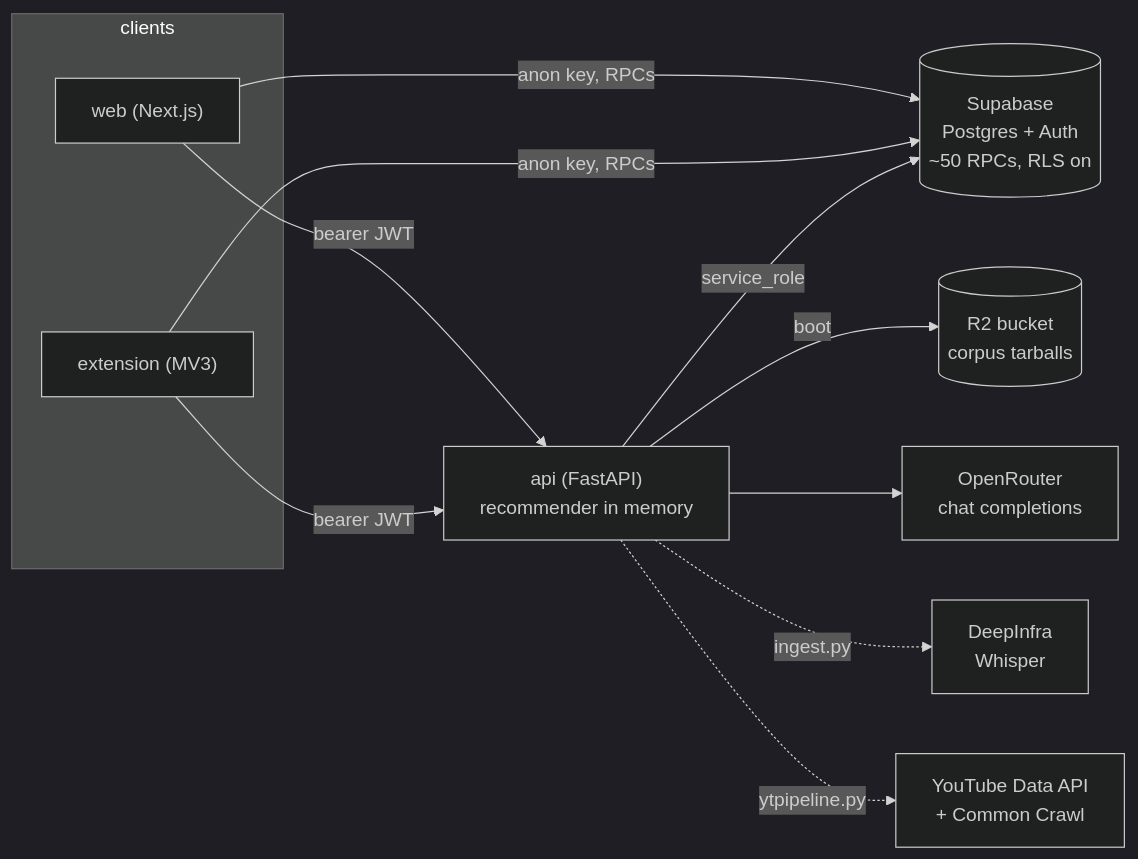
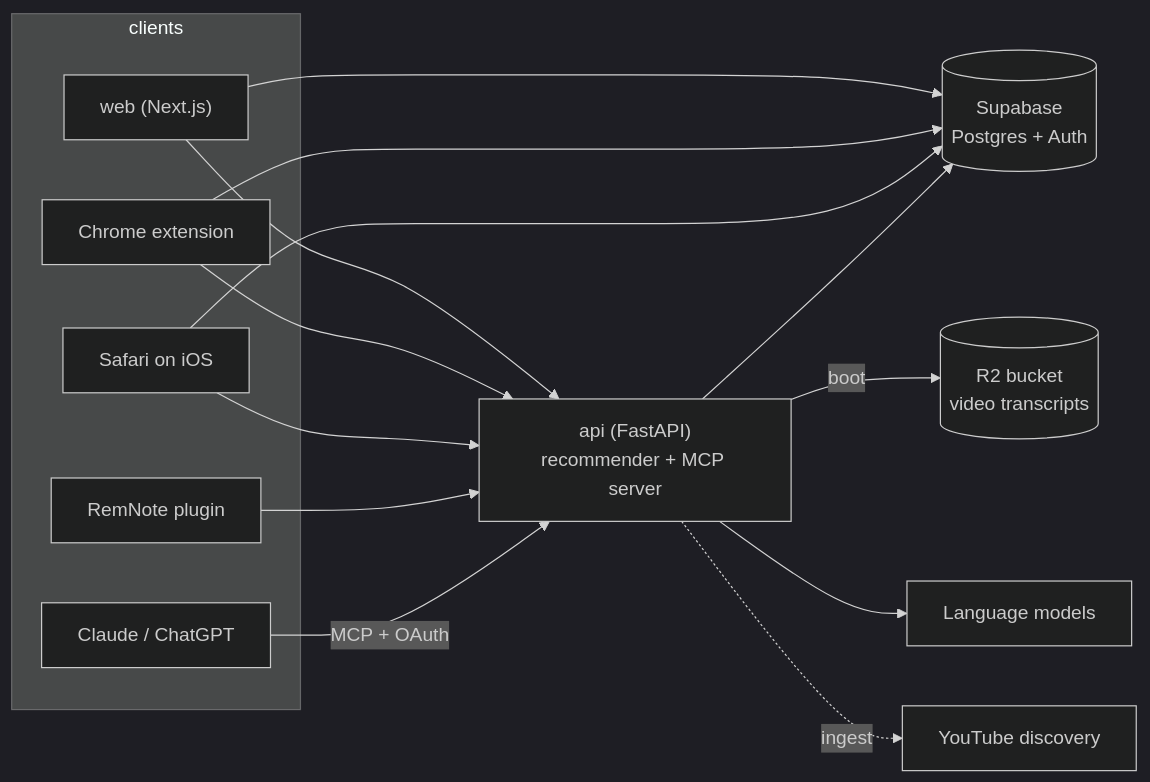
Before and after one commit to victorfriedrich/langfour: the diagram in README.md, drawn with Mermaid (dark theme). The commit also changed other lines of this file, not shown here.

````diff
--- a/README.md
+++ b/README.md
@@ -55,23 +63,28 @@
 ```mermaid
 flowchart LR
     subgraph clients
         W["web (Next.js)"]
-        X["extension (MV3)"]
+        X["Chrome extension"]
+        S["Safari on iOS"]
+        RN["RemNote plugin"]
+        AI["Claude / ChatGPT"]
     end
-    SB[("Supabase<br/>Postgres + Auth<br/>~50 RPCs, RLS on")]
-    API["api (FastAPI)<br/>recommender in memory"]
-    R2[("R2 bucket<br/>corpus tarballs")]
-    OR["OpenRouter<br/>chat completions"]
-    DI["DeepInfra<br/>Whisper"]
-    YT["YouTube Data API<br/>+ Common Crawl"]
+    SB[("Supabase<br/>Postgres + Auth")]
+    API["api (FastAPI)<br/>recommender + MCP server"]
+    R2[("R2 bucket<br/>video transcripts")]
+    LLM["Language models"]
+    YT["YouTube discovery"]
 
-    W -- "anon key, RPCs" --> SB
-    X -- "anon key, RPCs" --> SB
-    W -- "bearer JWT" --> API
-    X -- "bearer JWT" --> API
-    API -- "service_role" --> SB
+    W --> SB
+    X --> SB
+    S --> SB
+    W --> API
+    X --> API
+    S --> API
+    RN --> API
+    AI -- "MCP + OAuth" --> API
+    API --> SB
     API -- "boot" --> R2
-    API --> OR
-    API -. "ingest.py" .-> DI
-    API -. "ytpipeline.py" .-> YT
+    API --> LLM
+    API -. "ingest" .-> YT
 ```
````
